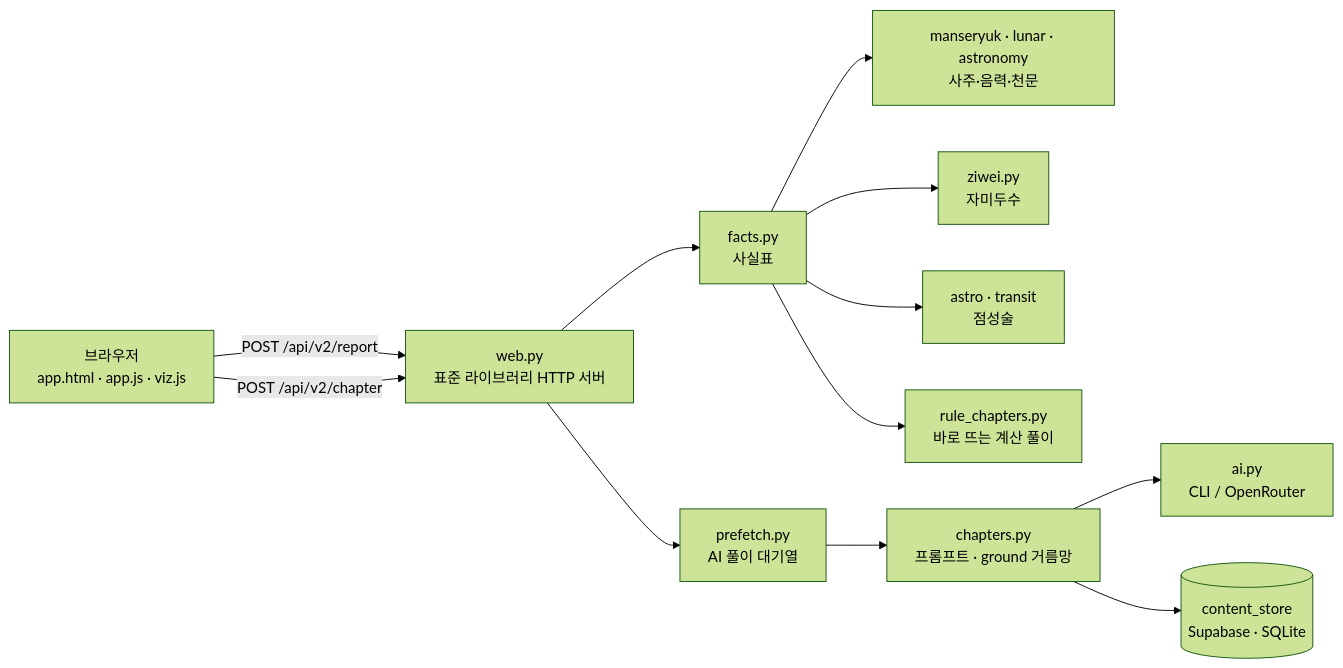
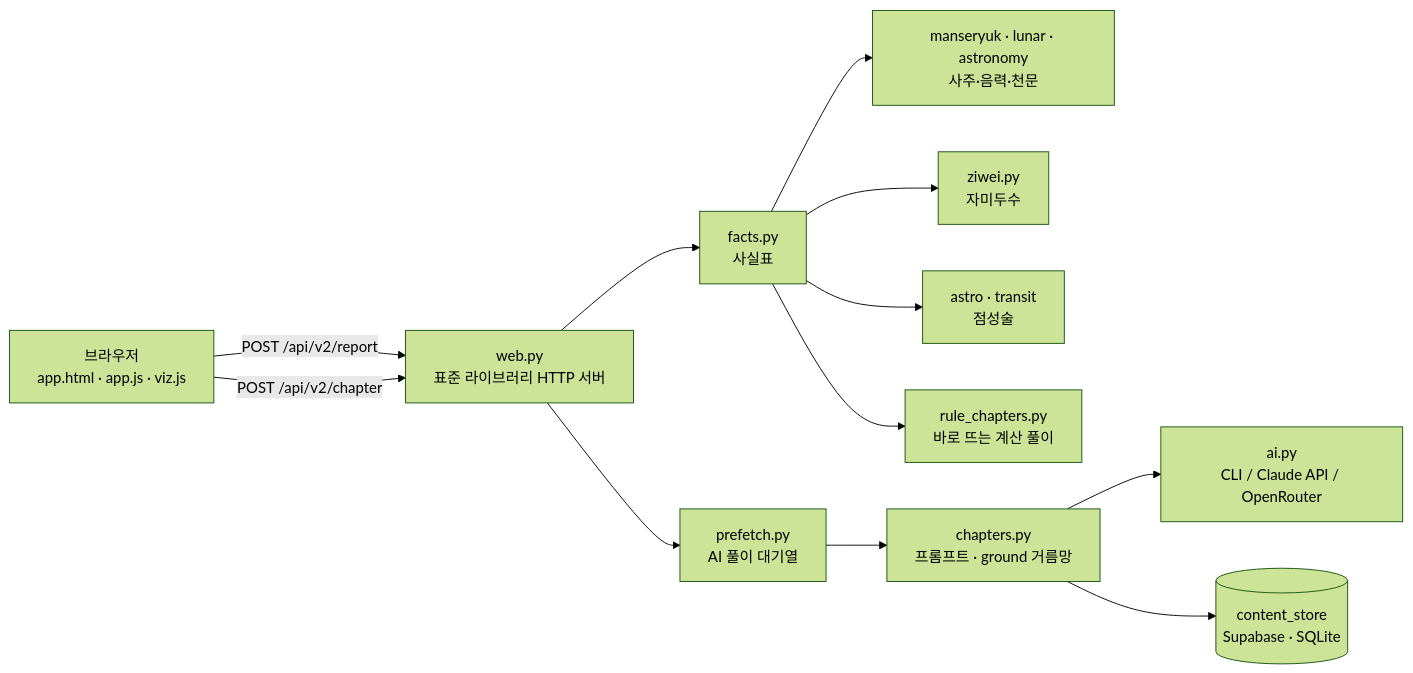
One commit to seungwook-kim/saju-agent changed the diagram in README.md. Above: the diagram before and after it, drawn with Mermaid (forest theme). The commit also changed other lines of this file and 8 other files, not shown here.

Commit message:
운영 AI 를 Claude API(Haiku 5.5)로: anthropic 방식, 생각 끔, 챕터 3,000·상담 1,200 토큰, 잘린 JSON 은 실패로

````diff
--- a/README.md
+++ b/README.md
@@ -125,14 +125,14 @@
 ```mermaid
 flowchart LR
   B[브라우저<br/>app.html · app.js · viz.js] -->|POST /api/v2/report| W[web.py<br/>표준 라이브러리 HTTP 서버]
   W --> F[facts.py<br/>사실표]
   F --> M[manseryuk · lunar · astronomy<br/>사주·음력·천문]
   F --> Z[ziwei.py<br/>자미두수]
   F --> A[astro · transit<br/>점성술]
   F --> R[rule_chapters.py<br/>바로 뜨는 계산 풀이]
   W --> P[prefetch.py<br/>AI 풀이 대기열]
   P --> C[chapters.py<br/>프롬프트 · ground 거름망]
-  C --> AI[ai.py<br/>CLI / OpenRouter]
+  C --> AI[ai.py<br/>CLI / Claude API / OpenRouter]
   C --> S[(content_store<br/>Supabase · SQLite)]
   B -->|POST /api/v2/chapter| W
 ```
````
